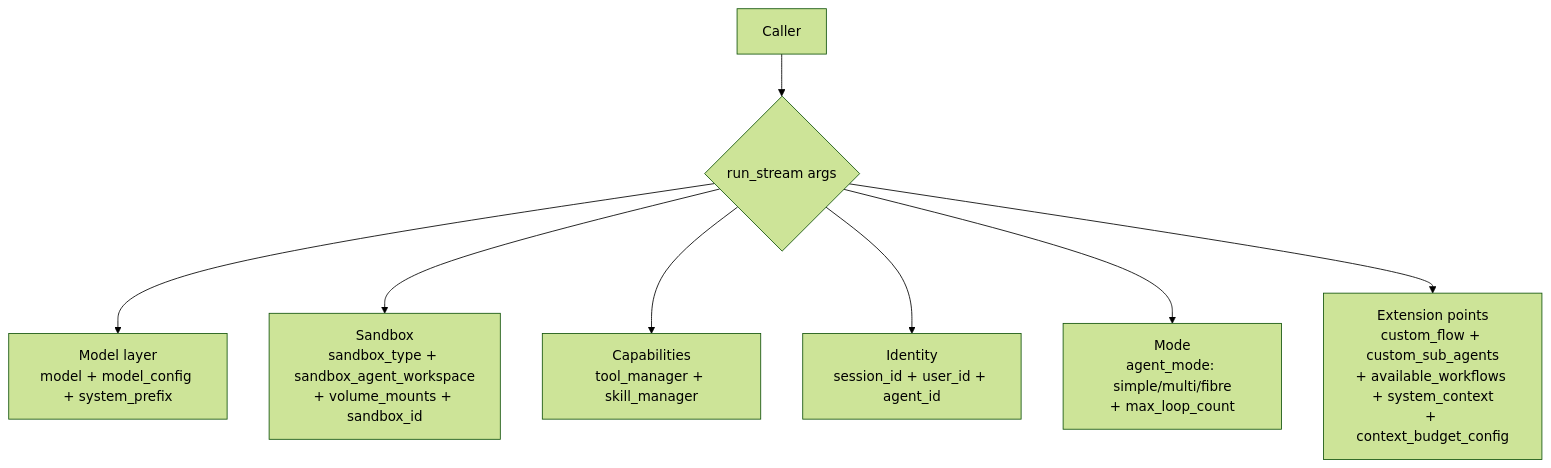
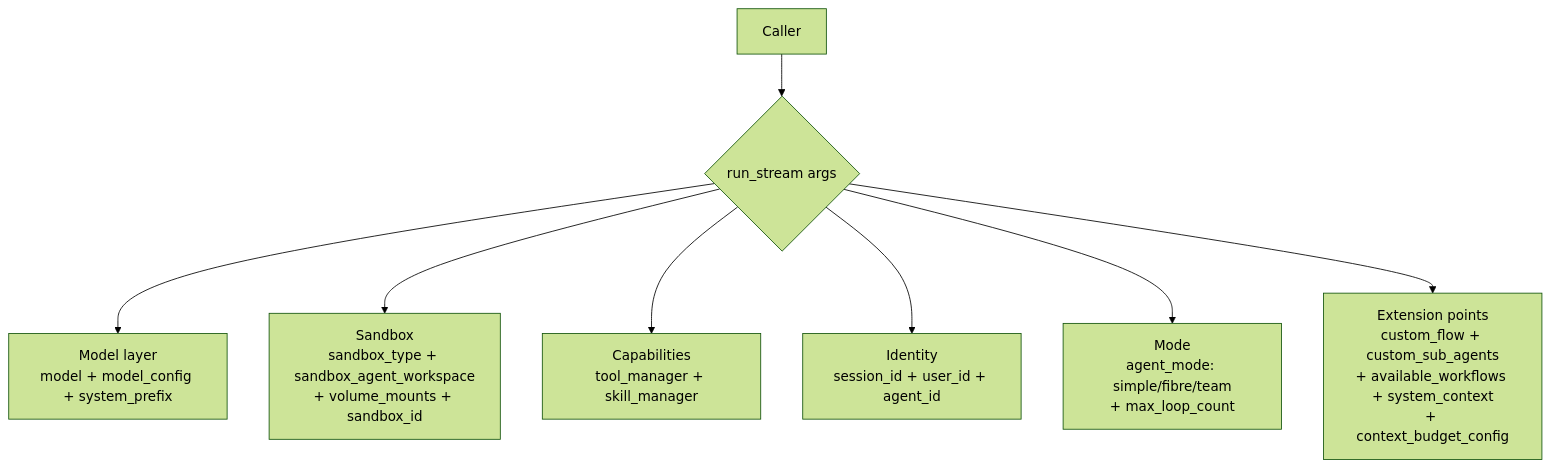
The fourth of 7 diagrams in docs/en/architecture/ARCHITECTURE_SAGENTS_OVERVIEW.md (ZHangZHengEric/Sage), drawn with Mermaid (forest theme) before and after one commit. The commit also changed other lines of this file and 141 other files, not shown here.

First line of the commit message:
refactor: retire multi agent mode

````diff
--- a/docs/en/architecture/ARCHITECTURE_SAGENTS_OVERVIEW.md
+++ b/docs/en/architecture/ARCHITECTURE_SAGENTS_OVERVIEW.md
@@ -130,11 +130,11 @@
 ```mermaid
 flowchart TB
     Caller[Caller] --> Args{run_stream args}
 
     Args --> M[Model layer<br/>model + model_config + system_prefix]
     Args --> SBX[Sandbox<br/>sandbox_type + sandbox_agent_workspace<br/>+ volume_mounts + sandbox_id]
     Args --> CAP[Capabilities<br/>tool_manager + skill_manager]
     Args --> ID[Identity<br/>session_id + user_id + agent_id]
-    Args --> MODE[Mode<br/>agent_mode: simple/multi/fibre<br/>+ max_loop_count]
+    Args --> MODE[Mode<br/>agent_mode: simple/fibre/team<br/>+ max_loop_count]
     Args --> EXT[Extension points<br/>custom_flow + custom_sub_agents<br/>+ available_workflows + system_context<br/>+ context_budget_config]
 ```
````
